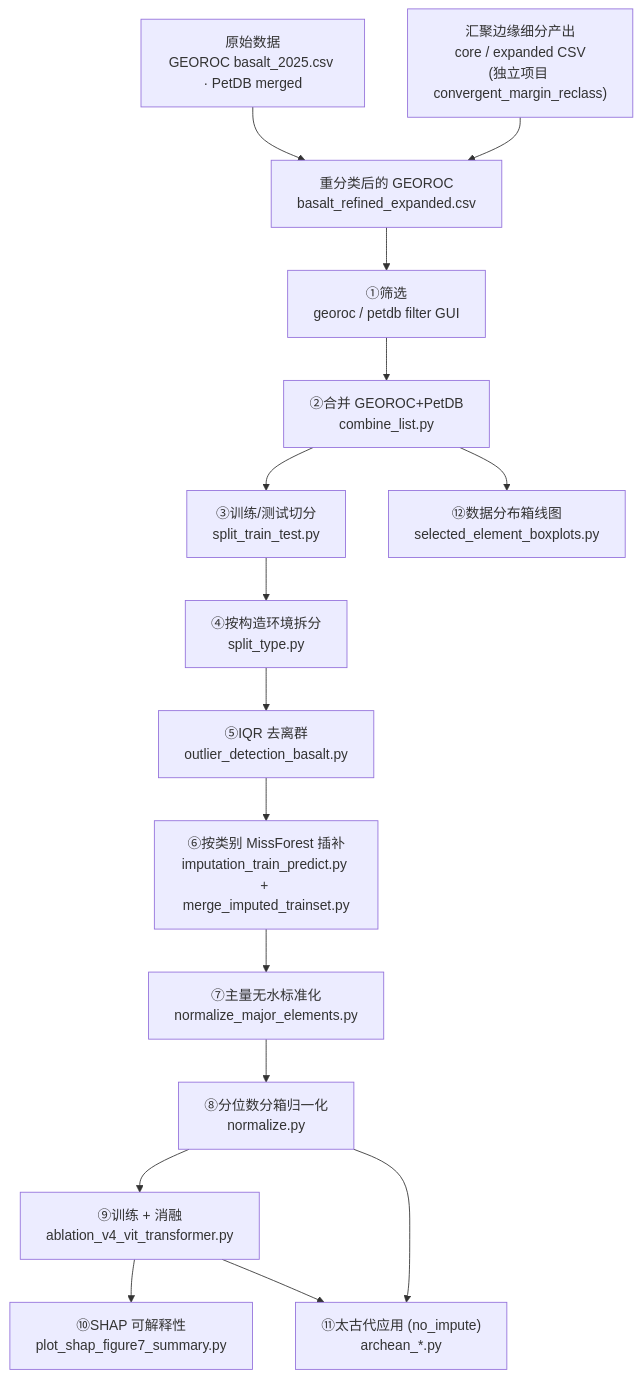
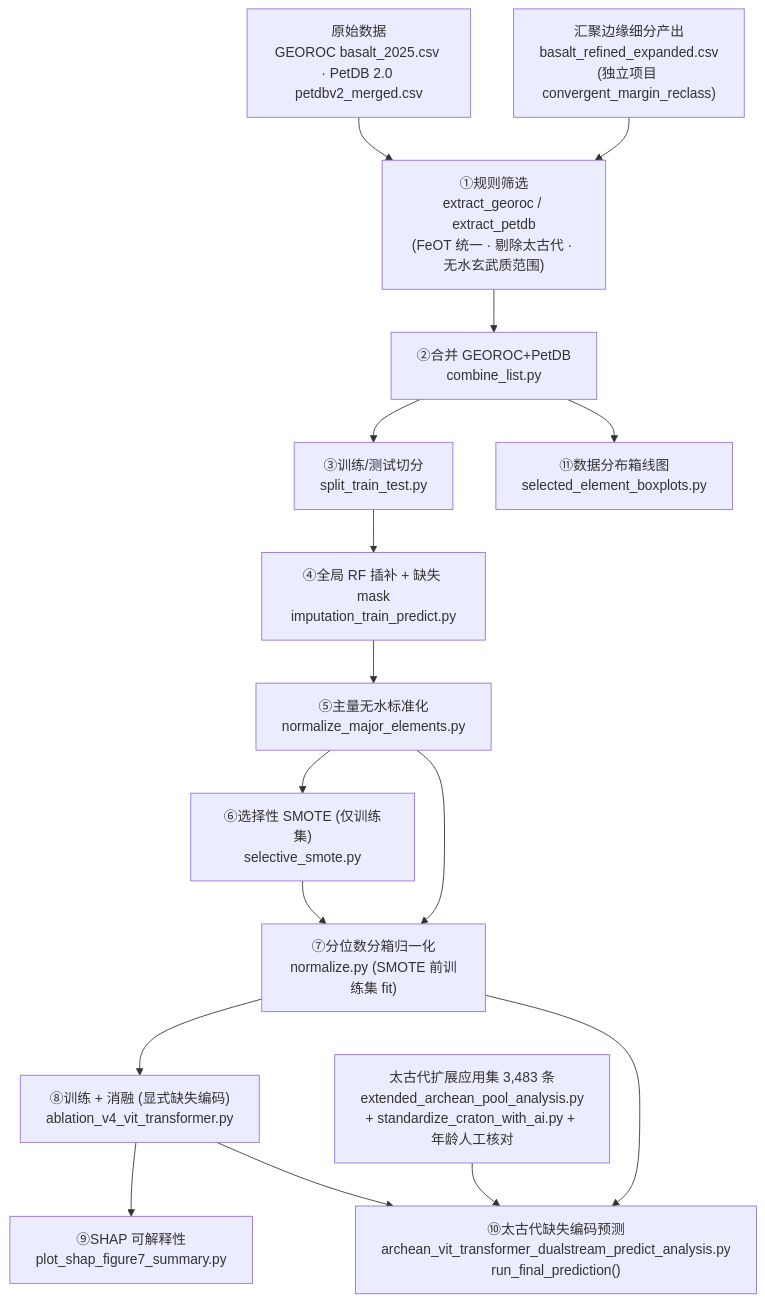
The diagram in docs/workflow.md (jiunuan/tectnoic_setting_discrimination), drawn with Mermaid before and after one commit. The commit also changed other lines of this file and 32 other files, not shown here.

````diff
--- a/docs/workflow.md
+++ b/docs/workflow.md
@@ -15,18 +30,18 @@
 ```mermaid
 flowchart TD
-    A["原始数据<br/>GEOROC basalt_2025.csv · PetDB merged"] --> B
-    CM["汇聚边缘细分产出<br/>core / expanded CSV<br/>(独立项目 convergent_margin_reclass)"] --> B["重分类后的 GEOROC<br/>basalt_refined_expanded.csv"]
-    B --> C["①筛选<br/>georoc / petdb filter GUI"]
-    C --> D["②合并 GEOROC+PetDB<br/>combine_list.py"]
-    D --> E["③训练/测试切分<br/>split_train_test.py"]
-    E --> F["④按构造环境拆分<br/>split_type.py"]
-    F --> G["⑤IQR 去离群<br/>outlier_detection_basalt.py"]
-    G --> H["⑥按类别 MissForest 插补<br/>imputation_train_predict.py + merge_imputed_trainset.py"]
-    H --> I["⑦主量无水标准化<br/>normalize_major_elements.py"]
-    I --> J["⑧分位数分箱归一化<br/>normalize.py"]
-    J --> K["⑨训练 + 消融<br/>ablation_v4_vit_transformer.py"]
-    K --> L["⑩SHAP 可解释性<br/>plot_shap_figure7_summary.py"]
-    J --> M["⑪太古代应用 (no_impute)<br/>archean_*.py"]
-    K --> M
-    D --> N["⑫数据分布箱线图<br/>selected_element_boxplots.py"]
+    A["原始数据<br/>GEOROC basalt_2025.csv · PetDB 2.0 petdbv2_merged.csv"] --> B
+    CM["汇聚边缘细分产出<br/>basalt_refined_expanded.csv<br/>(独立项目 convergent_margin_reclass)"] --> B["①规则筛选<br/>extract_georoc / extract_petdb<br/>(FeOT 统一 · 剔除太古代 · 无水玄武质范围)"]
+    B --> C["②合并 GEOROC+PetDB<br/>combine_list.py"]
+    C --> D["③训练/测试切分<br/>split_train_test.py"]
+    D --> E["④全局 RF 插补 + 缺失 mask<br/>imputation_train_predict.py"]
+    E --> F["⑤主量无水标准化<br/>normalize_major_elements.py"]
+    F --> G["⑥选择性 SMOTE (仅训练集)<br/>selective_smote.py"]
+    F --> H["⑦分位数分箱归一化<br/>normalize.py (SMOTE 前训练集 fit)"]
+    G --> H
+    H --> I["⑧训练 + 消融 (显式缺失编码)<br/>ablation_v4_vit_transformer.py"]
+    I --> J["⑨SHAP 可解释性<br/>plot_shap_figure7_summary.py"]
+    K["太古代扩展应用集 3,483 条<br/>extended_archean_pool_analysis.py<br/>+ standardize_craton_with_ai.py + 年龄人工核对"] --> L
+    I --> L["⑩太古代缺失编码预测<br/>archean_vit_transformer_dualstream_predict_analysis.py<br/>run_final_prediction()"]
+    H --> L
+    C --> M["⑪数据分布箱线图<br/>selected_element_boxplots.py"]
 ```
````
